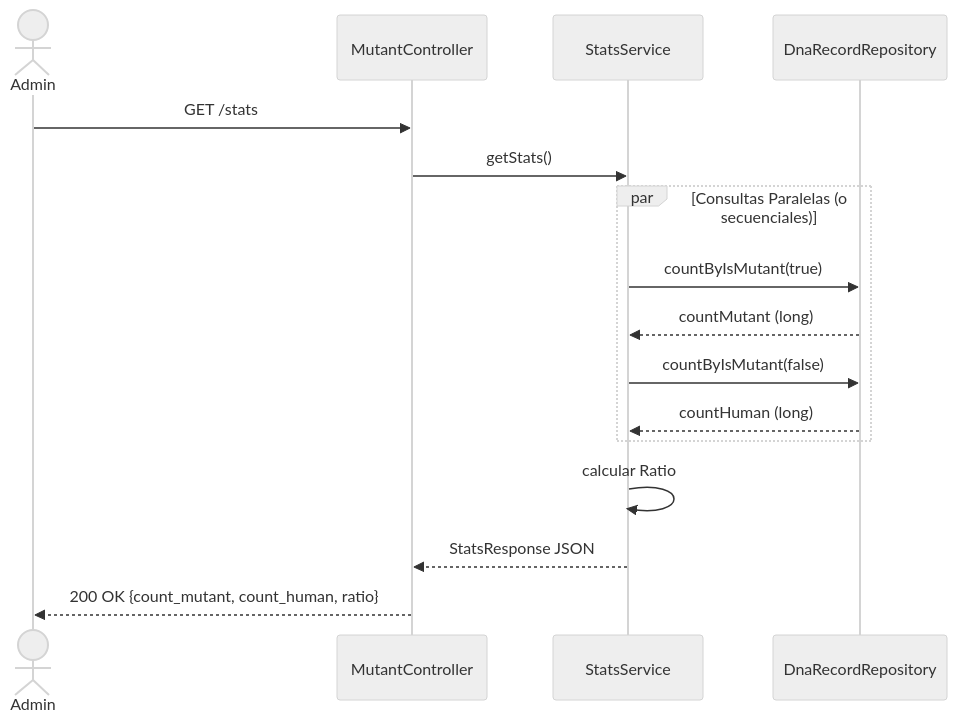
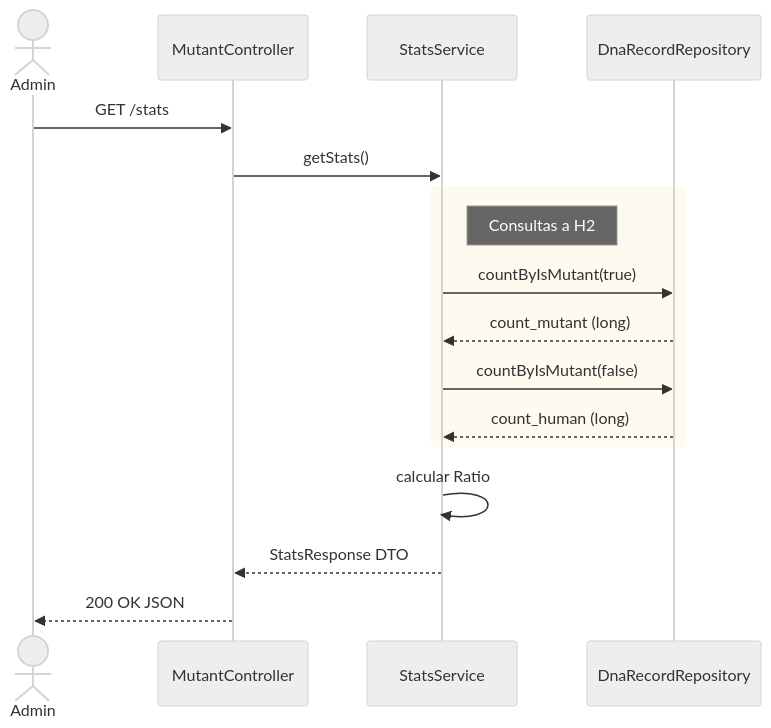
Before and after one commit to leila-cruz/ExamenMercadoLibreGlobal: the second of 2 diagrams in README.md, drawn with Mermaid (neutral theme). The commit also changed other lines of this file, not shown here.

````diff
--- a/README.md
+++ b/README.md
@@ -208,21 +223,23 @@
 ```mermaid
 sequenceDiagram
     actor Admin
-    participant Controller as MutantController
-    participant Service as StatsService
-    participant DB as DnaRecordRepository
+    participant C as MutantController
+    participant S as StatsService
+    participant R as DnaRecordRepository
 
-    Admin->>Controller: GET /stats
-    Controller->>Service: getStats()
+    Admin->>C: GET /stats
+    C->>S: getStats()
     
-    par Consultas Paralelas (o secuenciales)
-        Service->>DB: countByIsMutant(true)
-        DB-->>Service: countMutant (long)
-        Service->>DB: countByIsMutant(false)
-        DB-->>Service: countHuman (long)
+    rect rgb(255, 250, 240)
+        note right of S: Consultas a H2
+        S->>R: countByIsMutant(true)
+        R-->>S: count_mutant (long)
+        
+        S->>R: countByIsMutant(false)
+        R-->>S: count_human (long)
     end
     
-    Service->>Service: calcular Ratio
-    Service-->>Controller: StatsResponse JSON
-    Controller-->>Admin: 200 OK {count_mutant, count_human, ratio}
+    S->>S: calcular Ratio
+    S-->>C: StatsResponse DTO
+    C-->>Admin: 200 OK JSON
 ```
````
